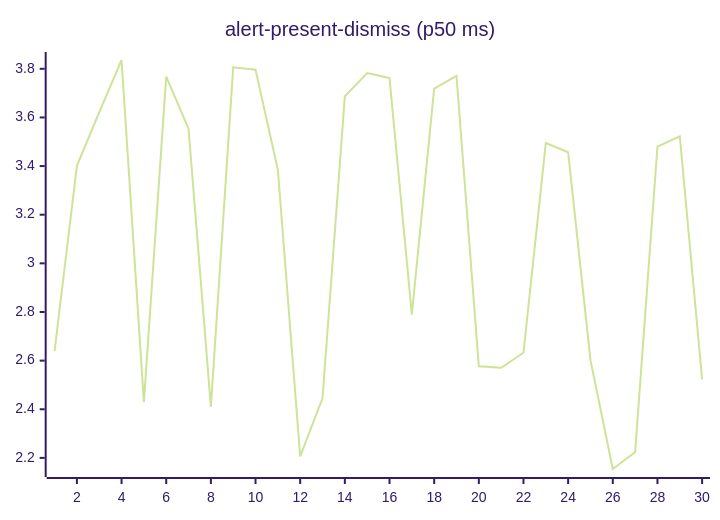
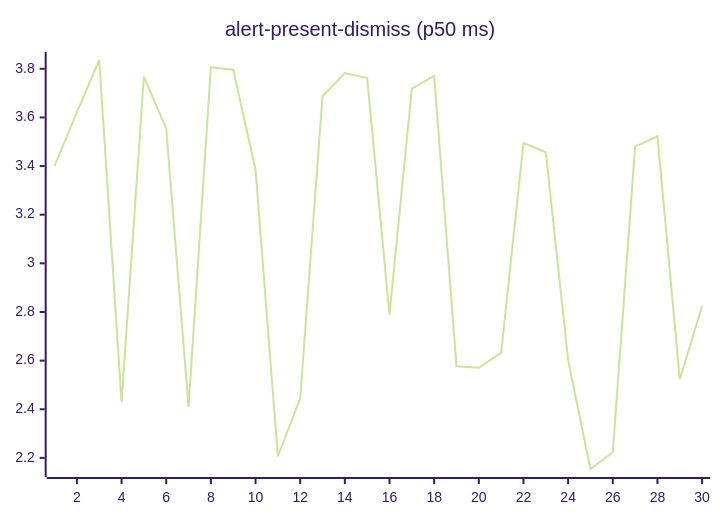
One commit to josha/Facet changed the second of 27 diagrams in README.md. Above: the diagram before and after it, drawn with Mermaid (forest theme). The commit also changed other lines of this file and 2 other files, not shown here.

````diff
--- a/README.md
+++ b/README.md
@@ -70,6 +70,6 @@
 ```mermaid
 xychart-beta
     title "alert-present-dismiss (p50 ms)"
     x-axis 1 --> 30
-    line [2.6392, 3.4008, 3.6212, 3.8362, 2.4288, 3.7676, 3.5538, 2.4095, 3.8060, 3.7961, 3.3851, 2.2058, 2.4450, 3.6869, 3.7826, 3.7621, 2.7891, 3.7187, 3.7708, 2.5766, 2.5704, 2.6324, 3.4949, 3.4566, 2.6019, 2.1543, 2.2230, 3.4803, 3.5227, 2.5229]
+    line [3.4008, 3.6212, 3.8362, 2.4288, 3.7676, 3.5538, 2.4095, 3.8060, 3.7961, 3.3851, 2.2058, 2.4450, 3.6869, 3.7826, 3.7621, 2.7891, 3.7187, 3.7708, 2.5766, 2.5704, 2.6324, 3.4949, 3.4566, 2.6019, 2.1543, 2.2230, 3.4803, 3.5227, 2.5229, 2.8233]
 ```
````
